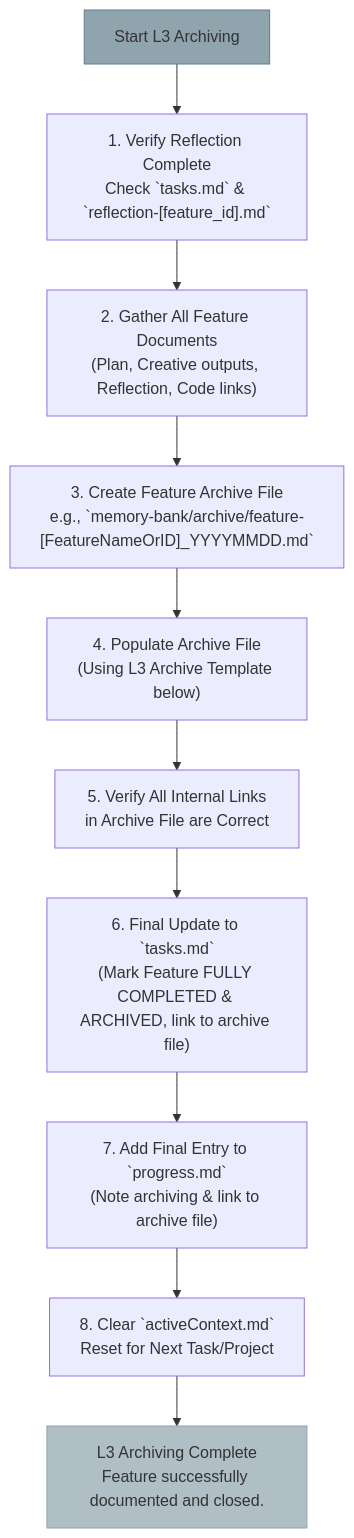
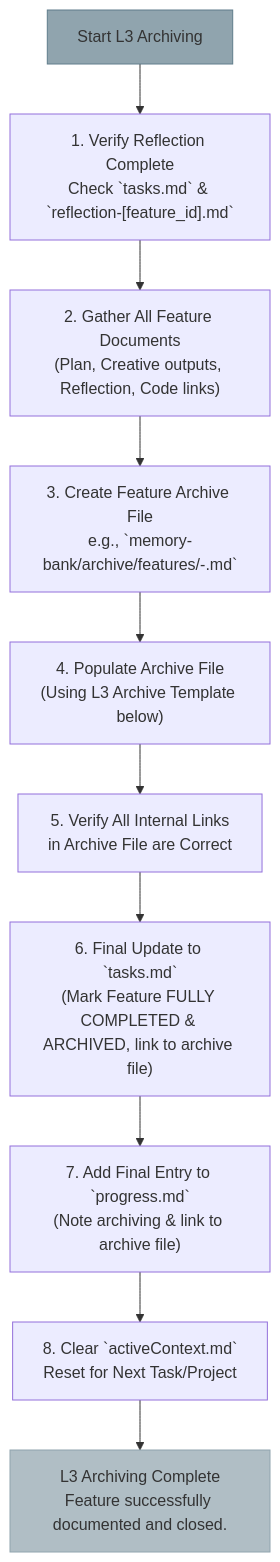
Before and after one commit to Texarkanine/ai-rizz: the diagram in .cursor/rules/isolation_rules/Level3/archive-intermediate.mdc, drawn with Mermaid. The commit also changed other lines of this file and 12 other files, not shown here.

`````diff
--- a/.cursor/rules/isolation_rules/Level3/archive-intermediate.mdc
+++ b/.cursor/rules/isolation_rules/Level3/archive-intermediate.mdc
@@ -23,16 +23,16 @@
 ```mermaid
 graph TD
     StartArchive["Start L3 Archiving"] -->
     VerifyReflect["1. Verify Reflection Complete<br>Check `tasks.md` & `reflection-[feature_id].md`"] -->
     GatherDocs["2. Gather All Feature Documents<br>(Plan, Creative outputs, Reflection, Code links)"] -->
-    CreateArchiveFile["3. Create Feature Archive File<br>e.g., `memory-bank/archive/feature-[FeatureNameOrID]_YYYYMMDD.md`"] -->
+    CreateArchiveFile["3. Create Feature Archive File<br>e.g., `memory-bank/archive/features/<YYYYMMDD>-<feature-id>.md`"] -->
     PopulateArchive["4. Populate Archive File<br>(Using L3 Archive Template below)"] -->
     VerifyLinks["5. Verify All Internal Links<br>in Archive File are Correct"] -->
     FinalUpdateTasks["6. Final Update to `tasks.md`<br>(Mark Feature FULLY COMPLETED & ARCHIVED, link to archive file)"] -->
     UpdateProgressFile["7. Add Final Entry to `progress.md`<br>(Note archiving & link to archive file)"] -->
     ClearActiveCtx["8. Clear `activeContext.md`<br>Reset for Next Task/Project"] -->
     ArchiveDone["L3 Archiving Complete<br>Feature successfully documented and closed."]
 
     style StartArchive fill:#90a4ae,stroke:#607d8b
     style ArchiveDone fill:#b0bec5,stroke:#90a4ae
 ````
`````
